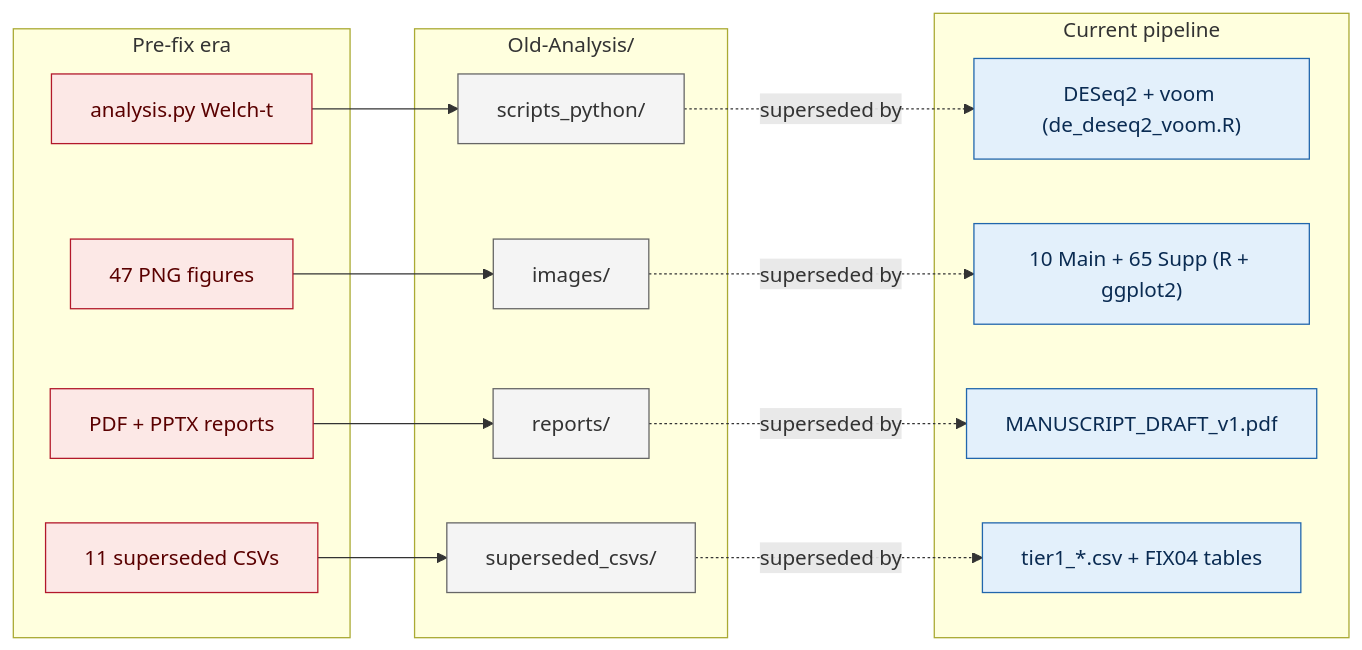
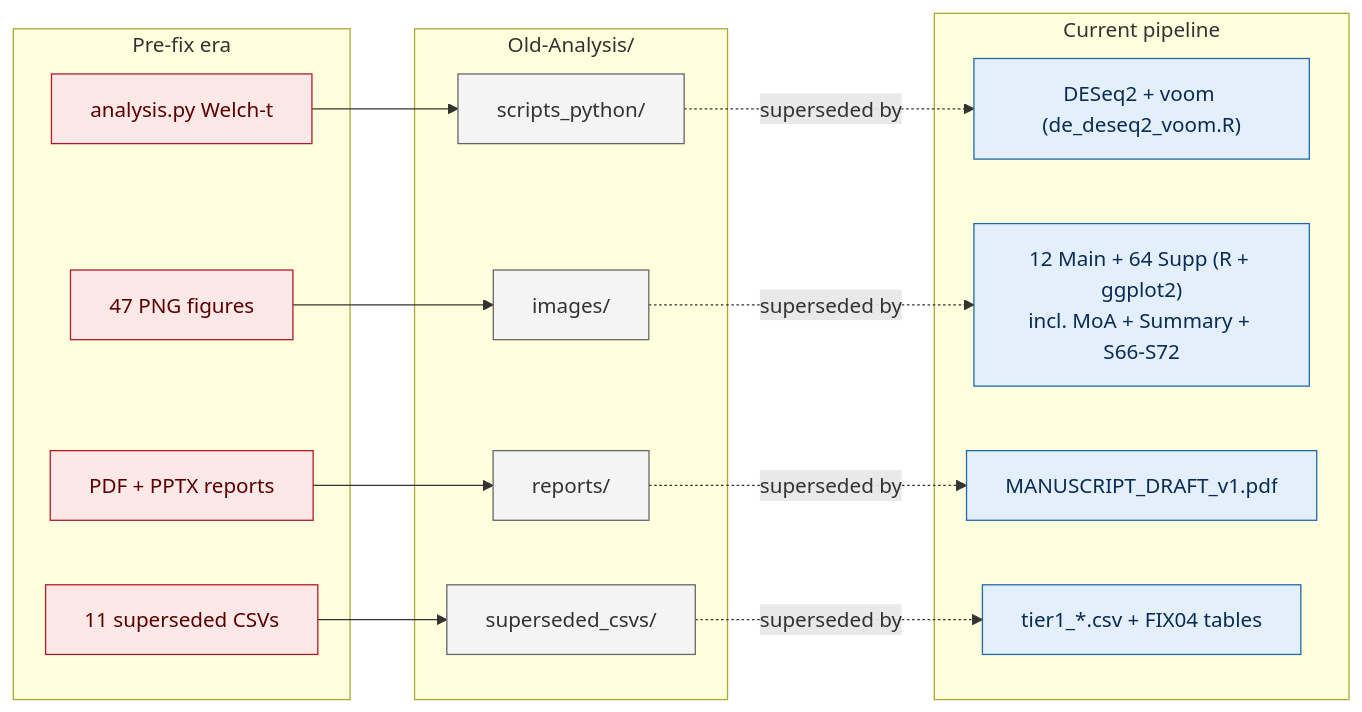
The diagram in Old-Analysis/README.md (prem-p-singh/GRBV-Transcriptomics-Analysis), drawn with Mermaid before and after one commit. The commit also changed 2 other files, not shown here.

````diff
--- a/Old-Analysis/README.md
+++ b/Old-Analysis/README.md
@@ -29,37 +29,37 @@
 ```mermaid
 flowchart LR
     classDef old  fill:#fce8e6,stroke:#B2182B,color:#5a0000
     classDef new  fill:#e3f0fb,stroke:#2166AC,color:#0a2b52
     classDef arc  fill:#f4f4f4,stroke:#666,color:#333
 
     subgraph pre ["Pre-fix era"]
         P1["analysis.py Welch-t"]:::old
         P2["47 PNG figures"]:::old
         P3["PDF + PPTX reports"]:::old
         P4["11 superseded CSVs"]:::old
     end
 
     subgraph arch ["Old-Analysis/"]
         A1["scripts_python/"]:::arc
         A2["images/"]:::arc
         A3["reports/"]:::arc
         A4["superseded_csvs/"]:::arc
     end
 
     subgraph post ["Current pipeline"]
         N1["DESeq2 + voom (de_deseq2_voom.R)"]:::new
-        N2["10 Main + 65 Supp (R + ggplot2)"]:::new
+        N2["12 Main + 64 Supp (R + ggplot2)<br/>incl. MoA + Summary + S66-S72"]:::new
         N3["MANUSCRIPT_DRAFT_v1.pdf"]:::new
         N4["tier1_*.csv + FIX04 tables"]:::new
     end
 
     P1 --> A1
     P2 --> A2
     P3 --> A3
     P4 --> A4
 
     A1 -.superseded by.-> N1
     A2 -.superseded by.-> N2
     A3 -.superseded by.-> N3
     A4 -.superseded by.-> N4
 ```
````
